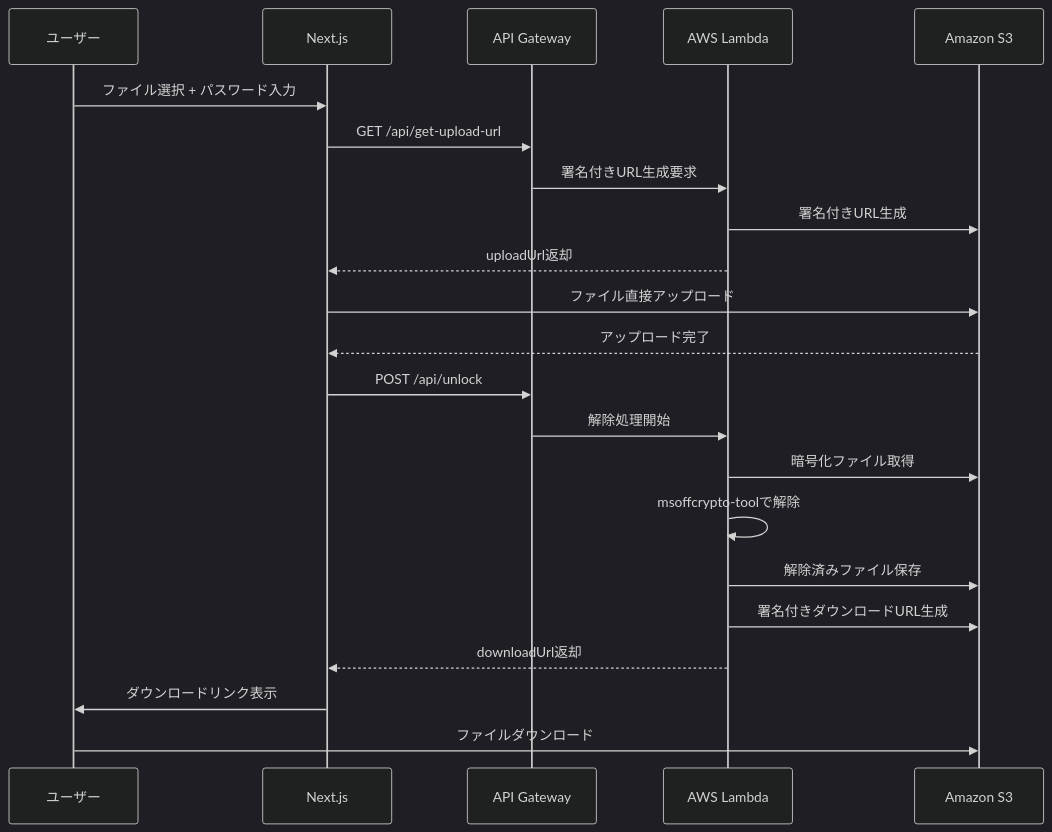
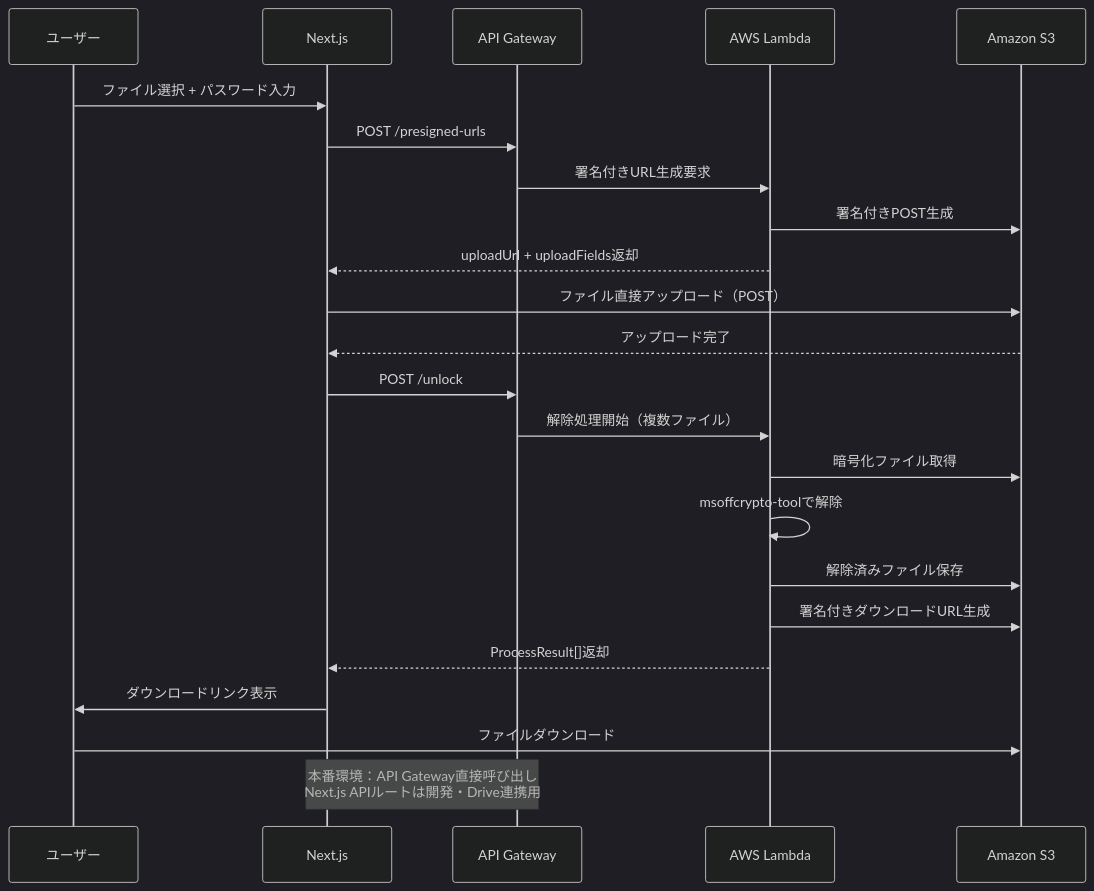
One commit to hirokun-hub/python-excel-unlocker changed the second of 2 diagrams in .kiro/specs/secure-excel-unlock/design.md. Above: the diagram before and after it, drawn with Mermaid (dark theme). The commit also changed other lines of this file and 8 other files, not shown here.

````diff
--- a/.kiro/specs/secure-excel-unlock/design.md
+++ b/.kiro/specs/secure-excel-unlock/design.md
@@ -138,28 +165,30 @@
 ```mermaid
 sequenceDiagram
     participant User as ユーザー
     participant Frontend as Next.js
     participant API as API Gateway
     participant Lambda as AWS Lambda
     participant S3 as Amazon S3
     
     User->>Frontend: ファイル選択 + パスワード入力
-    Frontend->>API: GET /api/get-upload-url
+    Frontend->>API: POST /presigned-urls
     API->>Lambda: 署名付きURL生成要求
-    Lambda->>S3: 署名付きURL生成
-    Lambda-->>Frontend: uploadUrl返却
+    Lambda->>S3: 署名付きPOST生成
+    Lambda-->>Frontend: uploadUrl + uploadFields返却
     
-    Frontend->>S3: ファイル直接アップロード
+    Frontend->>S3: ファイル直接アップロード（POST）
     S3-->>Frontend: アップロード完了
     
-    Frontend->>API: POST /api/unlock
-    API->>Lambda: 解除処理開始
+    Frontend->>API: POST /unlock
+    API->>Lambda: 解除処理開始（複数ファイル）
     Lambda->>S3: 暗号化ファイル取得
     Lambda->>Lambda: msoffcrypto-toolで解除
     Lambda->>S3: 解除済みファイル保存
     Lambda->>S3: 署名付きダウンロードURL生成
-    Lambda-->>Frontend: downloadUrl返却
+    Lambda-->>Frontend: ProcessResult[]返却
     
     Frontend->>User: ダウンロードリンク表示
     User->>S3: ファイルダウンロード
+    
+    Note over Frontend, API: 本番環境：API Gateway直接呼び出し<br/>Next.js APIルートは開発・Drive連携用
 ```
````
